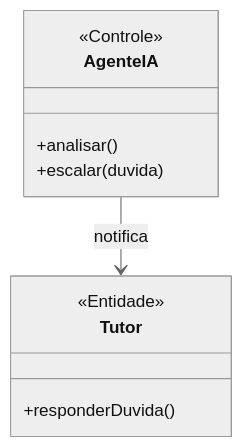
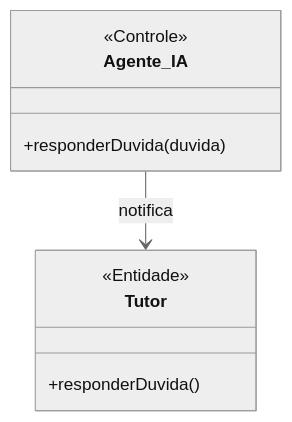
Before and after one commit to MayconDIS/PIM_III-Documentacao_UML: the first of 2 diagrams in 02_Modelagem_UML_Astah/UC07_Escalar_Duvida_Tutor/README.md, drawn with Mermaid (neutral theme). The commit also changed other lines of this file and 234 other files, not shown here.

````diff
--- a/02_Modelagem_UML_Astah/UC07_Escalar_Duvida_Tutor/README.md
+++ b/02_Modelagem_UML_Astah/UC07_Escalar_Duvida_Tutor/README.md
@@ -44,13 +33,12 @@
 ```mermaid
 classDiagram
-    class AgenteIA {
+    class Agente_IA {
         <<Controle>>
-        +analisar()
-        +escalar(duvida)
+        +responderDuvida(duvida)
     }
     class Tutor {
         <<Entidade>>
         +responderDuvida()
     }
-    AgenteIA --> Tutor : notifica
+    Agente_IA --> Tutor : notifica
 ```
````
